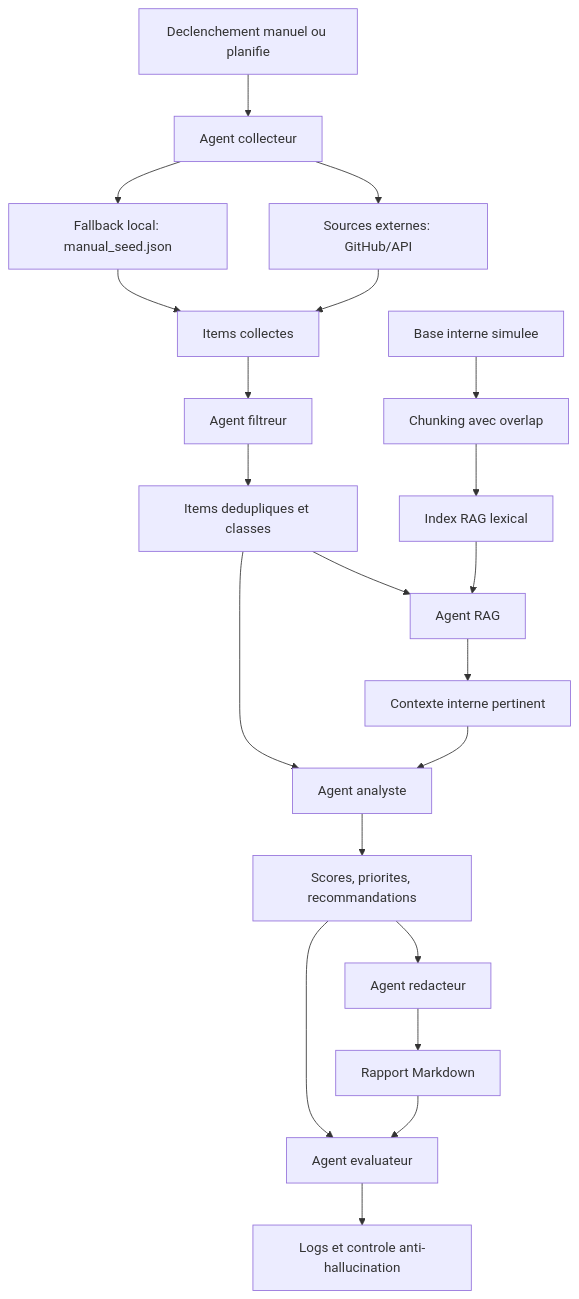
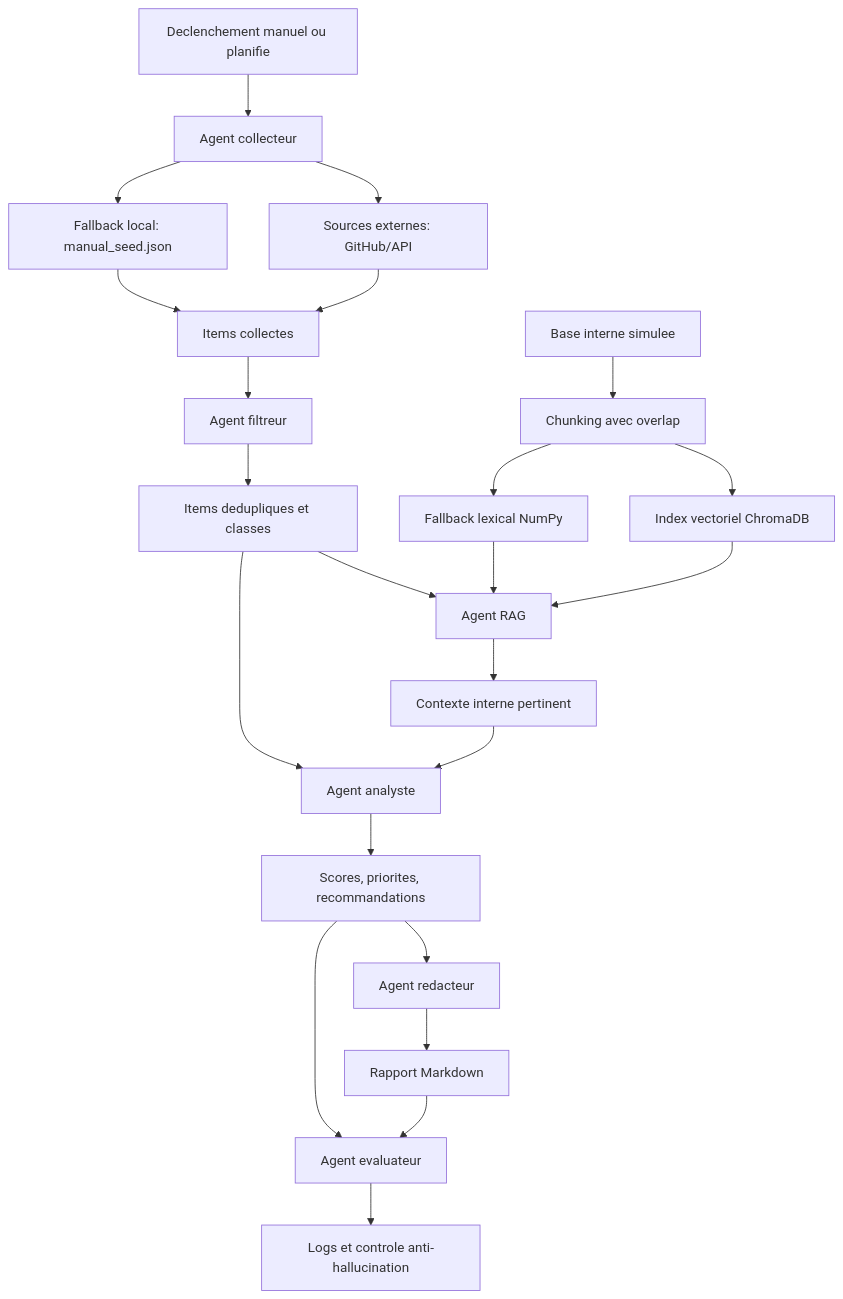
Before and after one commit to OmarBour-lab/Veille-IA: the diagram in docs/logigramme_flux_donnees.md, drawn with Mermaid. The commit also changed other lines of this file and 12 other files, not shown here.

````diff
--- a/docs/logigramme_flux_donnees.md
+++ b/docs/logigramme_flux_donnees.md
@@ -3,23 +3,25 @@
 ```mermaid
 flowchart TD
     A["Declenchement manuel ou planifie"] --> B["Agent collecteur"]
     B --> C["Sources externes: GitHub/API"]
     B --> D["Fallback local: manual_seed.json"]
     C --> E["Items collectes"]
     D --> E
     E --> F["Agent filtreur"]
     F --> G["Items dedupliques et classes"]
     H["Base interne simulee"] --> I["Chunking avec overlap"]
-    I --> J["Index RAG lexical"]
+    I --> J["Index vectoriel ChromaDB"]
+    I --> S["Fallback lexical NumPy"]
     G --> K["Agent RAG"]
     J --> K
+    S --> K
     K --> L["Contexte interne pertinent"]
     L --> M["Agent analyste"]
     G --> M
     M --> N["Scores, priorites, recommandations"]
     N --> O["Agent redacteur"]
     O --> P["Rapport Markdown"]
     N --> Q["Agent evaluateur"]
     P --> Q
     Q --> R["Logs et controle anti-hallucination"]
 ```
````
